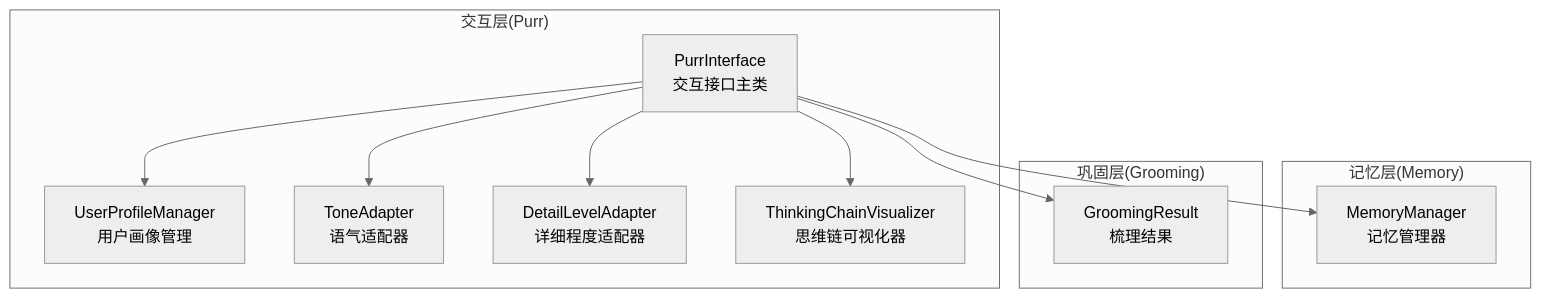
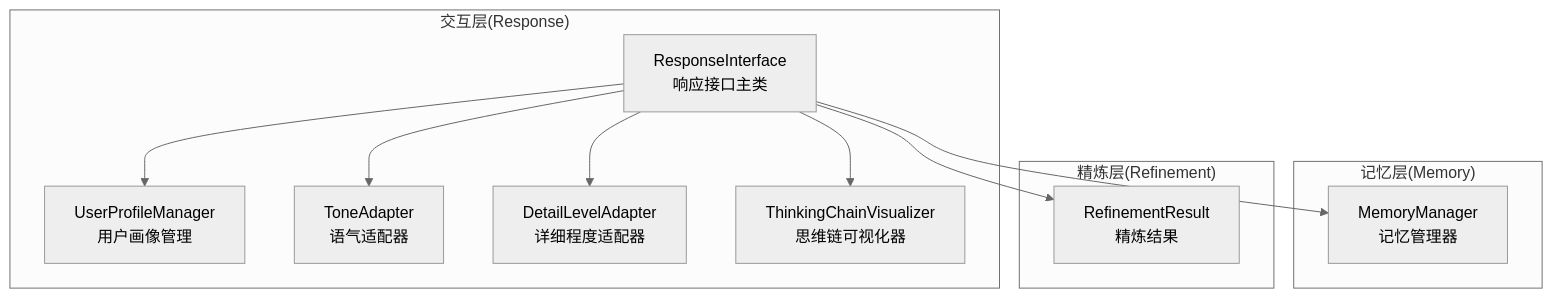
One commit to JieGaoPrinceton/NecoRAG changed the first of 9 diagrams in .qoder/repowiki/zh/content/核心模块详解/Purr Interface - 交互层/Purr Interface - 交互层.md. Above: the diagram before and after it, drawn with Mermaid (neutral theme). The commit also changed other lines of this file and 23 other files, not shown here.

````diff
--- a/.qoder/repowiki/zh/content/核心模块详解/Purr Interface - 交互层/Purr Interface - 交互层.md
+++ b/.qoder/repowiki/zh/content/核心模块详解/Purr Interface - 交互层/Purr Interface - 交互层.md
@@ -37,22 +47,22 @@
 ```mermaid
 graph TB
-subgraph "交互层(Purr)"
-PI["PurrInterface<br/>交互接口主类"]
+subgraph "交互层(Response)"
+RI["ResponseInterface<br/>响应接口主类"]
 PM["UserProfileManager<br/>用户画像管理"]
 TA["ToneAdapter<br/>语气适配器"]
 DA["DetailLevelAdapter<br/>详细程度适配器"]
 TV["ThinkingChainVisualizer<br/>思维链可视化器"]
 end
 subgraph "记忆层(Memory)"
 MM["MemoryManager<br/>记忆管理器"]
 end
-subgraph "巩固层(Grooming)"
-GR["GroomingResult<br/>梳理结果"]
+subgraph "精炼层(Refinement)"
+RA["RefinementResult<br/>精炼结果"]
 end
-PI --> PM
-PI --> TA
-PI --> DA
-PI --> TV
-PI --> MM
-PI --> GR
+RI --> PM
+RI --> TA
+RI --> DA
+RI --> TV
+RI --> MM
+RI --> RA
 ```
````
